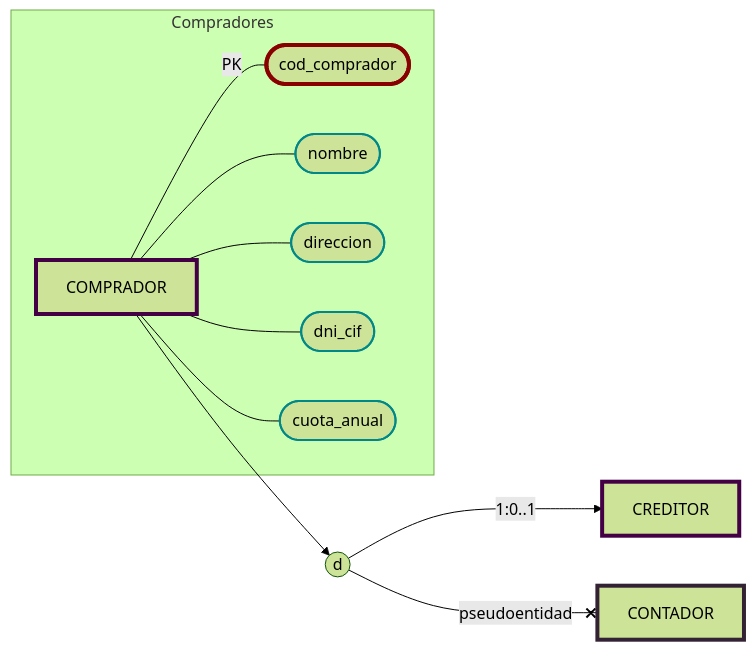
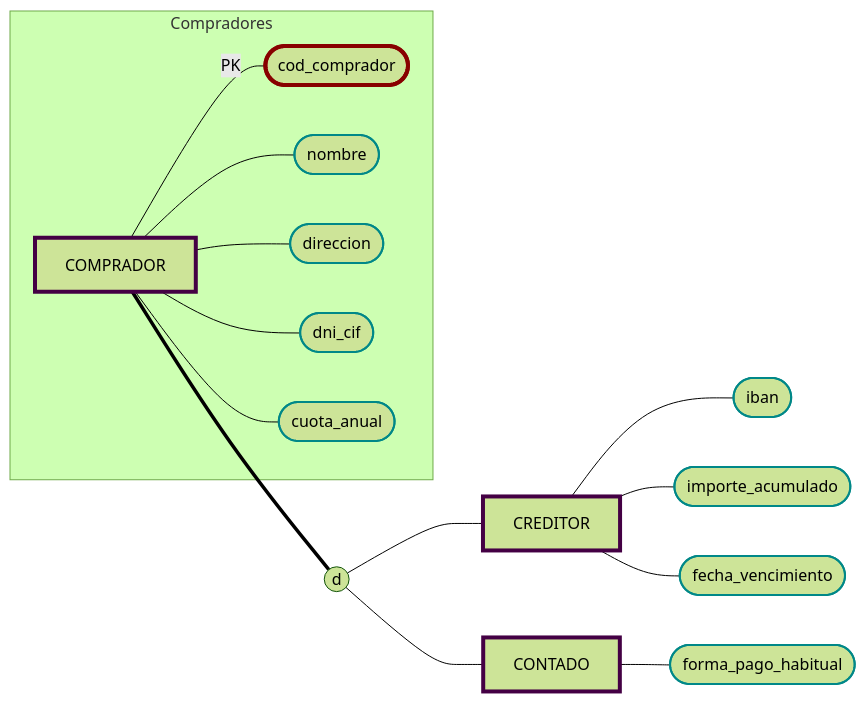
Before and after one commit to JulTob/BasesDeDatos: the diagram in Practica/P1/Schema/Compradores.md, drawn with Mermaid (forest theme). The commit also changed other lines of this file and 16 other files, not shown here.

````diff
--- a/Practica/P1/Schema/Compradores.md
+++ b/Practica/P1/Schema/Compradores.md
@@ -12,24 +9,27 @@
 ```mermaid
 flowchart LR
   classDef atributo stroke:#088,stroke-width:2px;
   classDef derivado stroke-width:3px, stroke-dasharray:3 3;
   classDef pk stroke:#800,stroke-width:4px;
   classDef fk stroke:#080,stroke-width:4px;
   classDef pkfk stroke:#880,stroke-width:4px;
   classDef entidad stroke:#404,stroke-width:4px;
-  classDef pseudoentidad stroke:#323,stroke-width:4px;
 
   %% Atributos COMPRADOR
   subgraph Compradores
     Comprador[COMPRADOR]:::entidad
     Comprador ---|PK| cod_comprador([cod_comprador]):::pk
     Comprador --- nombre([nombre]):::atributo 
     Comprador --- direccion([direccion]):::atributo 
     Comprador --- dni_cif([dni_cif]):::atributo 
     Comprador --- cuota_anual([cuota_anual]):::atributo 
     end
 
-  Comprador --> es((d)) -->|1:0..1| Creditor[CREDITOR]:::entidad
-				es((d)) --x|pseudoentidad| contador[CONTADOR]:::pseudoentidad
-
+  Comprador === es((d))
+  es --- Creditor[CREDITOR]:::entidad
+  es --- Contado[CONTADO]:::entidad
+  Creditor --- iban([iban]):::atributo
+  Creditor --- importe_acumulado([importe_acumulado]):::atributo
+  Creditor --- fecha_vencimiento([fecha_vencimiento]):::atributo
+  Contado --- forma_pago_habitual([forma_pago_habitual]):::atributo
 ```
````
